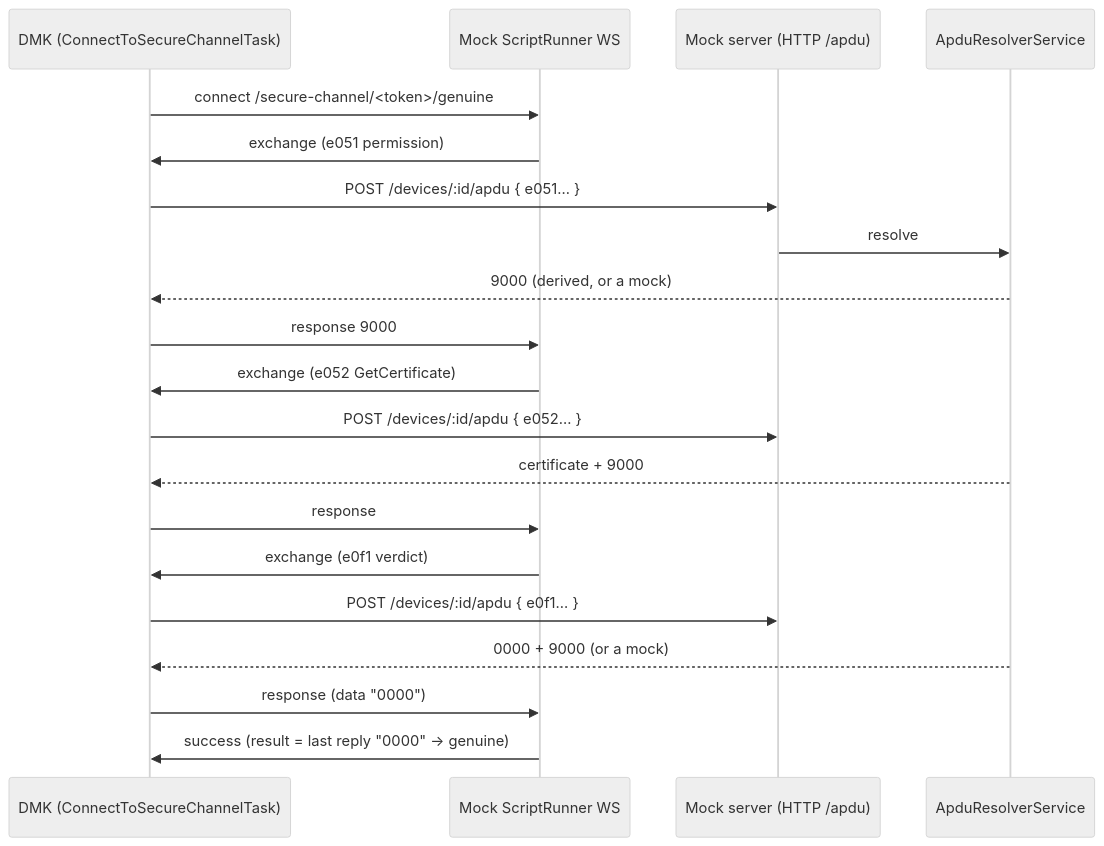
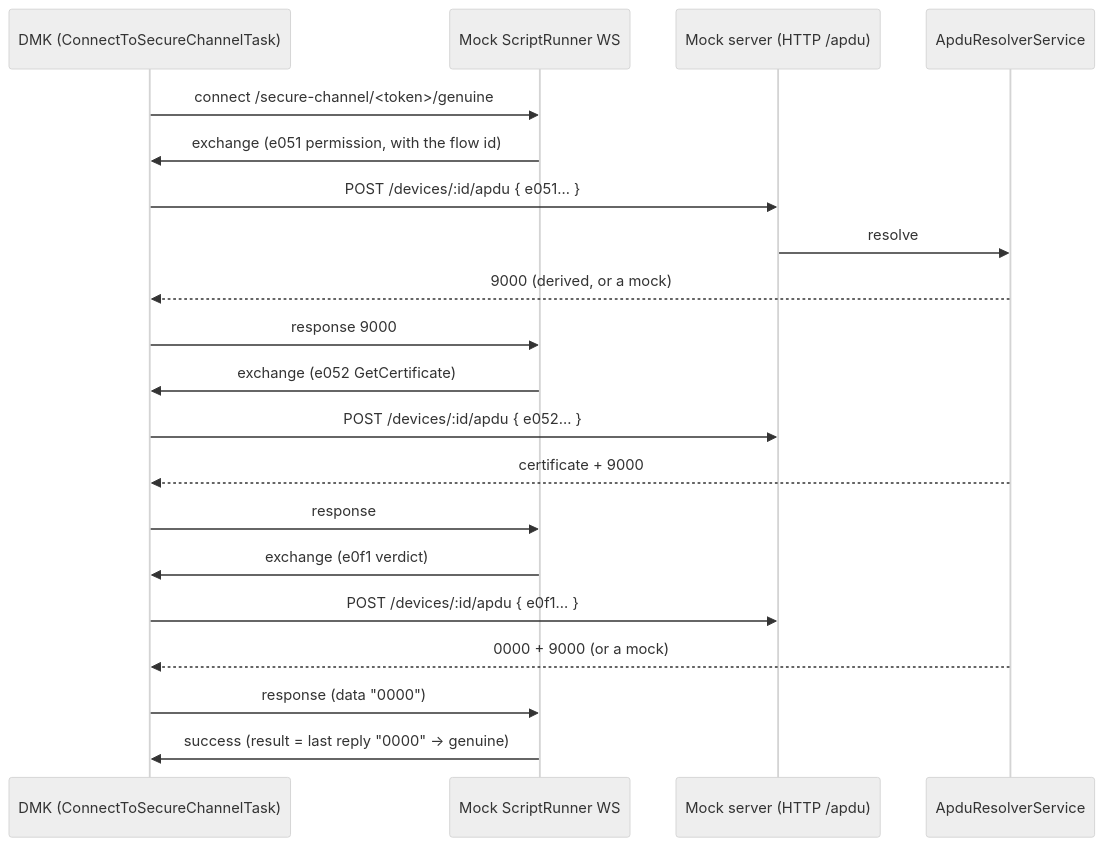
One commit to LedgerHQ/device-sdk-ts changed the third of 5 diagrams in apps/device-mock-server/README.md. Above: the diagram before and after it, drawn with Mermaid (neutral theme). The commit also changed other lines of this file and 9 other files, not shown here.

Commit message:
🐛 (device-mock-server): Run secure-channel flows on the device the client is talking to

````diff
--- a/apps/device-mock-server/README.md
+++ b/apps/device-mock-server/README.md
@@ -157,23 +158,23 @@
 ```mermaid
 sequenceDiagram
     participant DMK as DMK (ConnectToSecureChannelTask)
     participant WS as Mock ScriptRunner WS
     participant HTTP as Mock server (HTTP /apdu)
     participant Res as ApduResolverService
 
     DMK->>WS: connect /secure-channel/<token>/genuine
-    WS->>DMK: exchange (e051 permission)
+    WS->>DMK: exchange (e051 permission, with the flow id)
     DMK->>HTTP: POST /devices/:id/apdu { e051… }
     HTTP->>Res: resolve
     Res-->>DMK: 9000 (derived, or a mock)
     DMK->>WS: response 9000
     WS->>DMK: exchange (e052 GetCertificate)
     DMK->>HTTP: POST /devices/:id/apdu { e052… }
     Res-->>DMK: certificate + 9000
     DMK->>WS: response
     WS->>DMK: exchange (e0f1 verdict)
     DMK->>HTTP: POST /devices/:id/apdu { e0f1… }
     Res-->>DMK: 0000 + 9000 (or a mock)
     DMK->>WS: response (data "0000")
     WS->>DMK: success (result = last reply "0000" → genuine)
 ```
````
